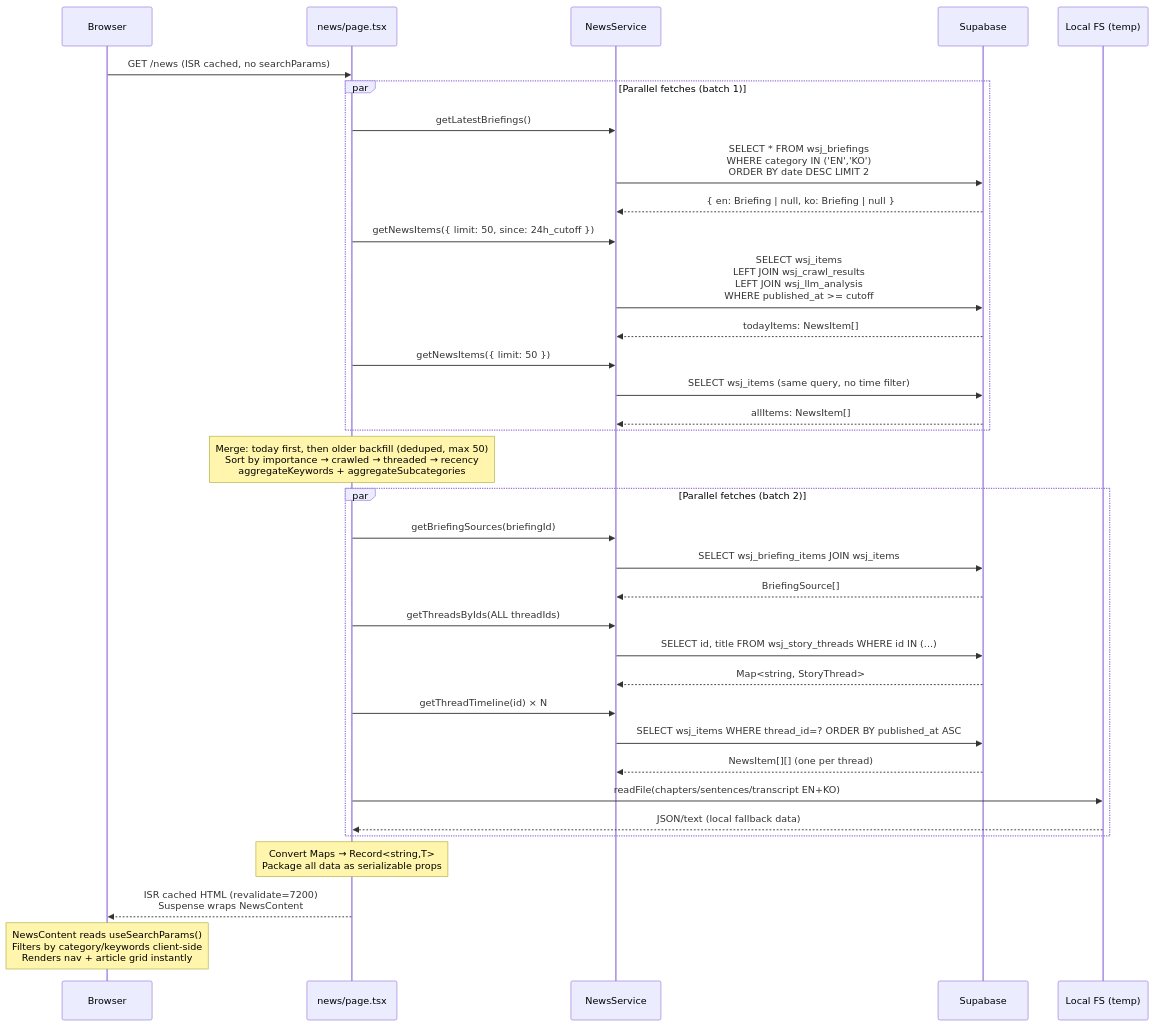
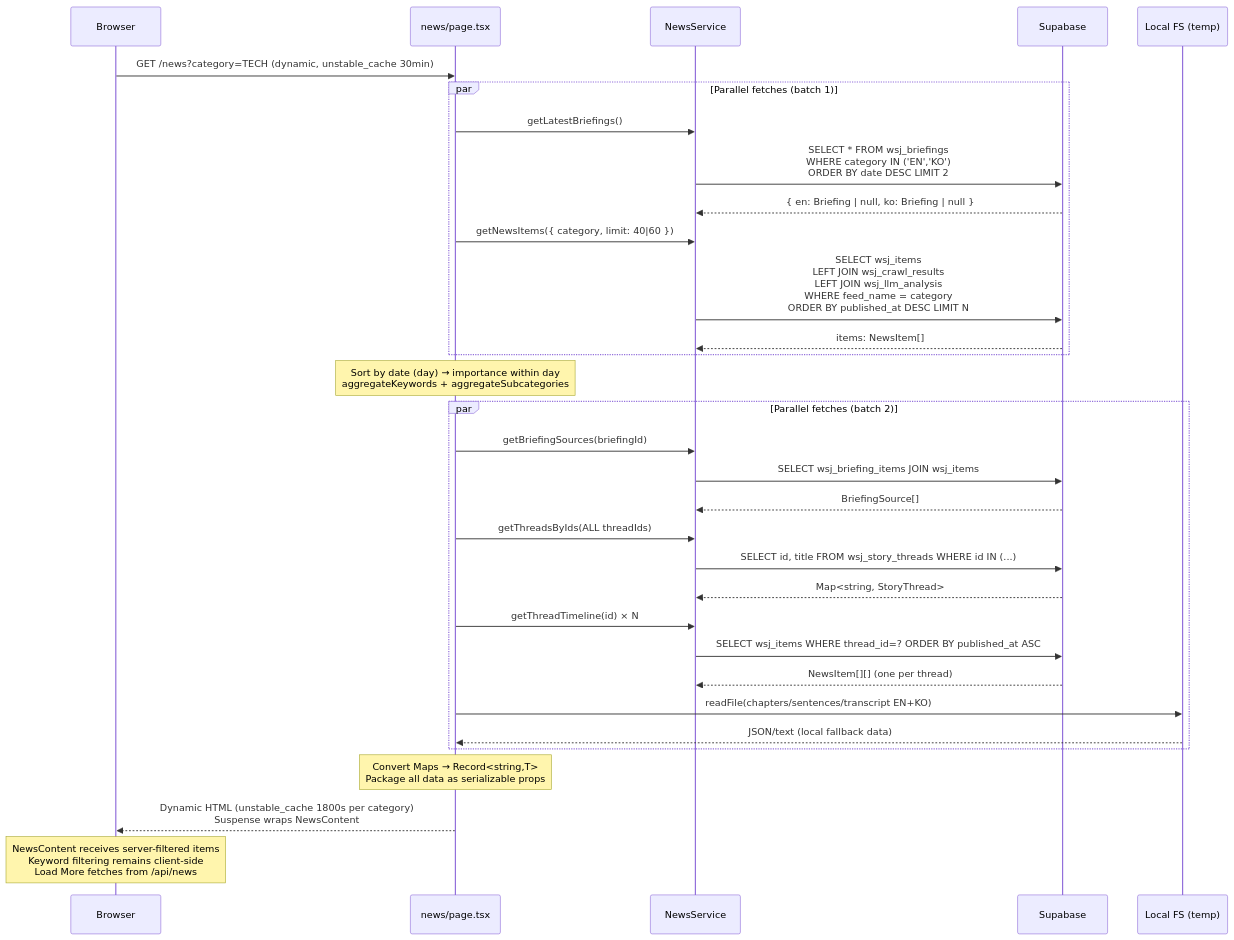
Before and after one commit to choym92/araverus: the third of 6 diagrams in docs/2-news-frontend.md, drawn with Mermaid. The commit also changed other lines of this file and 7 other files, not shown here.

First line of the commit message:
feat: server-side category filtering with unstable_cache and Load More pagination

````diff
--- a/docs/2-news-frontend.md
+++ b/docs/2-news-frontend.md
@@ -174,48 +177,44 @@
 ```mermaid
 sequenceDiagram
     participant Browser
     participant Page as news/page.tsx
     participant Svc as NewsService
     participant DB as Supabase
     participant FS as Local FS (temp)
 
-    Browser->>Page: GET /news (ISR cached, no searchParams)
+    Browser->>Page: GET /news?category=TECH (dynamic, unstable_cache 30min)
 
     par Parallel fetches (batch 1)
         Page->>Svc: getLatestBriefings()
         Svc->>DB: SELECT * FROM wsj_briefings<br/>WHERE category IN ('EN','KO')<br/>ORDER BY date DESC LIMIT 2
         DB-->>Svc: { en: Briefing | null, ko: Briefing | null }
 
-        Page->>Svc: getNewsItems({ limit: 50, since: 24h_cutoff })
-        Svc->>DB: SELECT wsj_items<br/>LEFT JOIN wsj_crawl_results<br/>LEFT JOIN wsj_llm_analysis<br/>WHERE published_at >= cutoff
-        DB-->>Svc: todayItems: NewsItem[]
-
-        Page->>Svc: getNewsItems({ limit: 50 })
-        Svc->>DB: SELECT wsj_items (same query, no time filter)
-        DB-->>Svc: allItems: NewsItem[]
+        Page->>Svc: getNewsItems({ category, limit: 40|60 })
+        Svc->>DB: SELECT wsj_items<br/>LEFT JOIN wsj_crawl_results<br/>LEFT JOIN wsj_llm_analysis<br/>WHERE feed_name = category<br/>ORDER BY published_at DESC LIMIT N
+        DB-->>Svc: items: NewsItem[]
     end
 
-    Note over Page: Merge: today first, then older backfill (deduped, max 50)<br/>Sort by importance → crawled → threaded → recency<br/>aggregateKeywords + aggregateSubcategories
+    Note over Page: Sort by date (day) → importance within day<br/>aggregateKeywords + aggregateSubcategories
 
     par Parallel fetches (batch 2)
         Page->>Svc: getBriefingSources(briefingId)
         Svc->>DB: SELECT wsj_briefing_items JOIN wsj_items
         DB-->>Svc: BriefingSource[]
 
         Page->>Svc: getThreadsByIds(ALL threadIds)
         Svc->>DB: SELECT id, title FROM wsj_story_threads WHERE id IN (...)
         DB-->>Svc: Map<string, StoryThread>
 
         Page->>Svc: getThreadTimeline(id) × N
         Svc->>DB: SELECT wsj_items WHERE thread_id=? ORDER BY published_at ASC
         DB-->>Svc: NewsItem[][] (one per thread)
 
         Page->>FS: readFile(chapters/sentences/transcript EN+KO)
         FS-->>Page: JSON/text (local fallback data)
     end
 
     Note over Page: Convert Maps → Record<string,T><br/>Package all data as serializable props
 
-    Page-->>Browser: ISR cached HTML (revalidate=7200)<br/>Suspense wraps NewsContent
-    Note over Browser: NewsContent reads useSearchParams()<br/>Filters by category/keywords client-side<br/>Renders nav + article grid instantly
+    Page-->>Browser: Dynamic HTML (unstable_cache 1800s per category)<br/>Suspense wraps NewsContent
+    Note over Browser: NewsContent receives server-filtered items<br/>Keyword filtering remains client-side<br/>Load More fetches from /api/news
 ```
````
